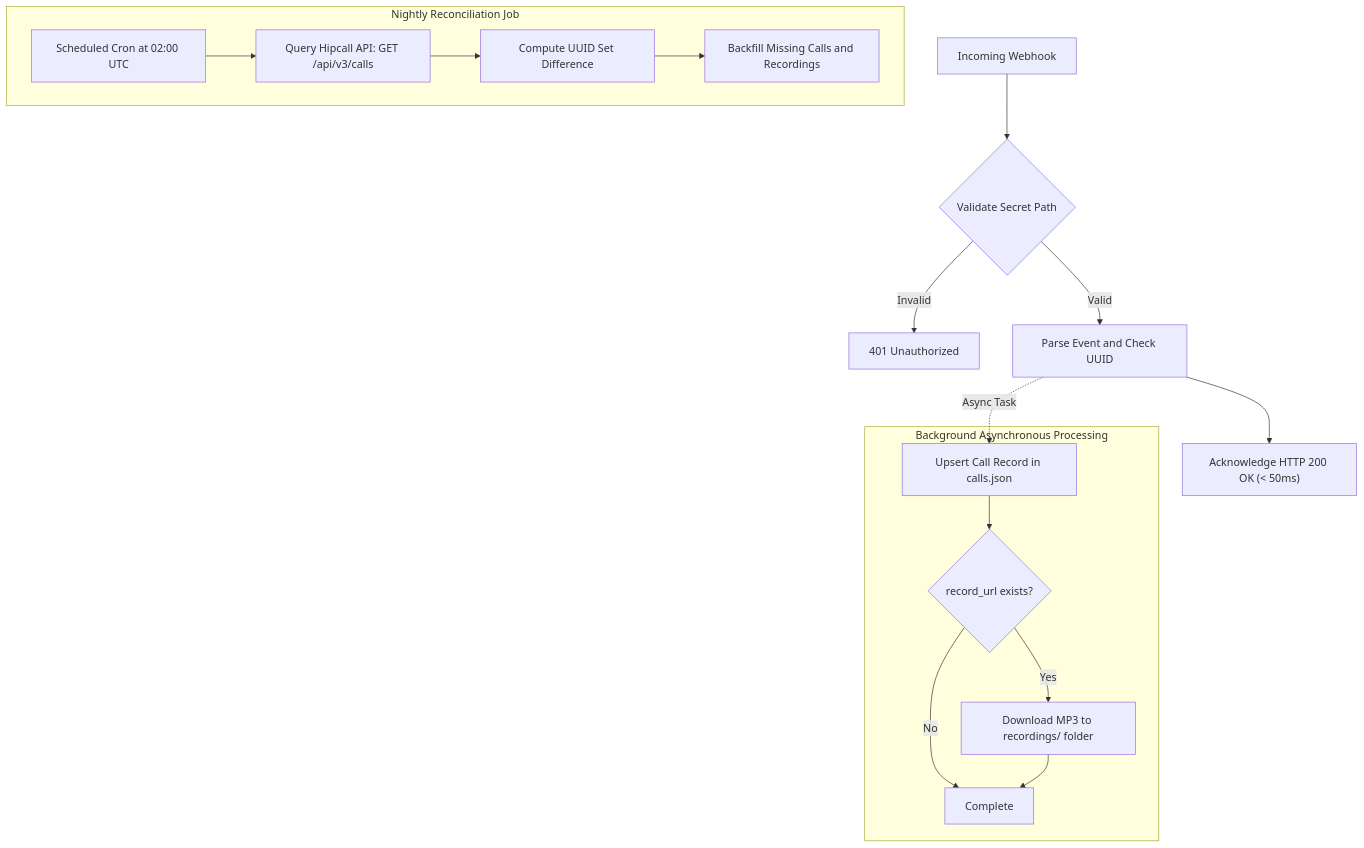
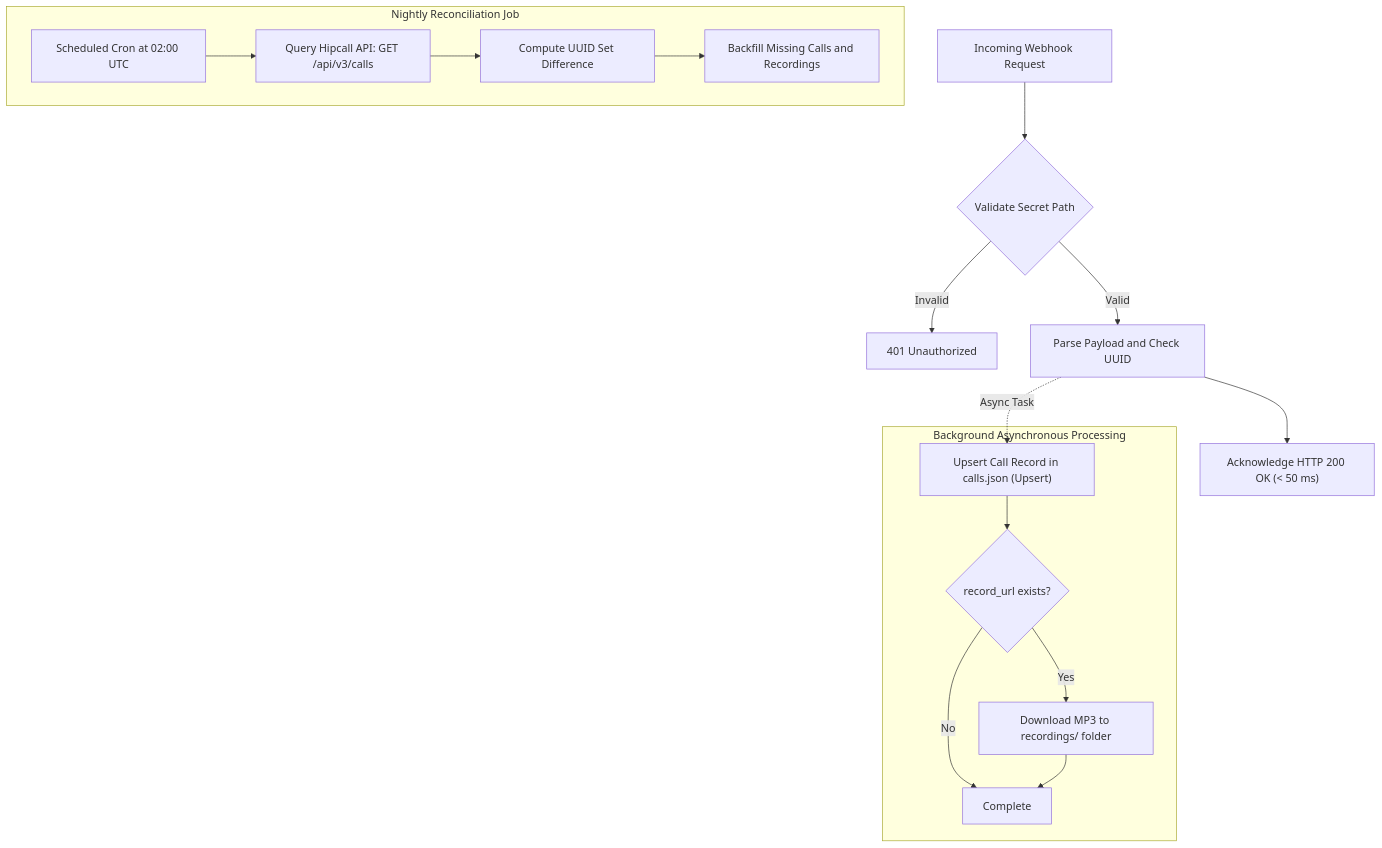
One commit to hipcall/2026-internship changed the diagram in blog/en/04/how-to-build-a-hipcall-webhook-receiver-in-dotnet.md. Above: the diagram before and after it, drawn with Mermaid. The commit also changed other lines of this file and 1 other file, not shown here.

Commit message:
fix(gorev-04): gelistirici empatisi, happy-path-first ve rota uyumu saglandi

````diff
--- a/blog/en/04/how-to-build-a-hipcall-webhook-receiver-in-dotnet.md
+++ b/blog/en/04/how-to-build-a-hipcall-webhook-receiver-in-dotnet.md
@@ -152,23 +162,23 @@
 ```mermaid
 flowchart TD
-    A["Incoming Webhook"] --> B{"Validate Secret Path"}
+    A["Incoming Webhook Request"] --> B{"Validate Secret Path"}
     B -- "Invalid" --> C["401 Unauthorized"]
-    B -- "Valid" --> D["Parse Event and Check UUID"]
-    D --> E["Acknowledge HTTP 200 OK (< 50ms)"]
+    B -- "Valid" --> D["Parse Payload and Check UUID"]
+    D --> E["Acknowledge HTTP 200 OK (< 50 ms)"]
 
     subgraph BG ["Background Asynchronous Processing"]
-        F["Upsert Call Record in calls.json"]
+        F["Upsert Call Record in calls.json (Upsert)"]
         F --> G{"record_url exists?"}
         G -- "Yes" --> H["Download MP3 to recordings/ folder"]
         G -- "No" --> I["Complete"]
         H --> I
     end
 
     D -.->|Async Task| F
 
     subgraph REC ["Nightly Reconciliation Job"]
         J["Scheduled Cron at 02:00 UTC"] --> K["Query Hipcall API: GET /api/v3/calls"]
         K --> L["Compute UUID Set Difference"]
         L --> M["Backfill Missing Calls and Recordings"]
     end
 ```
````
